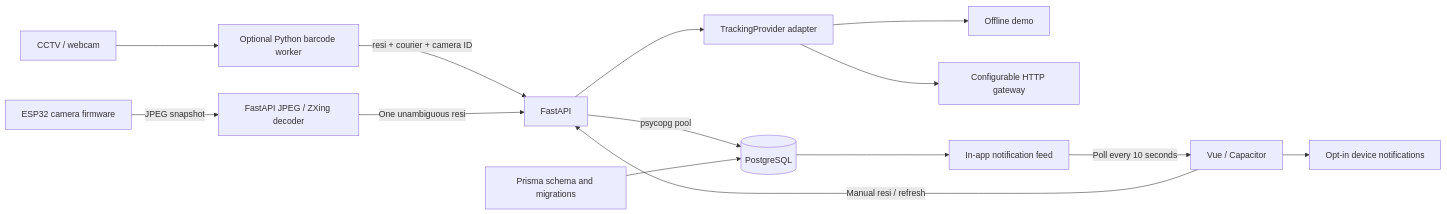
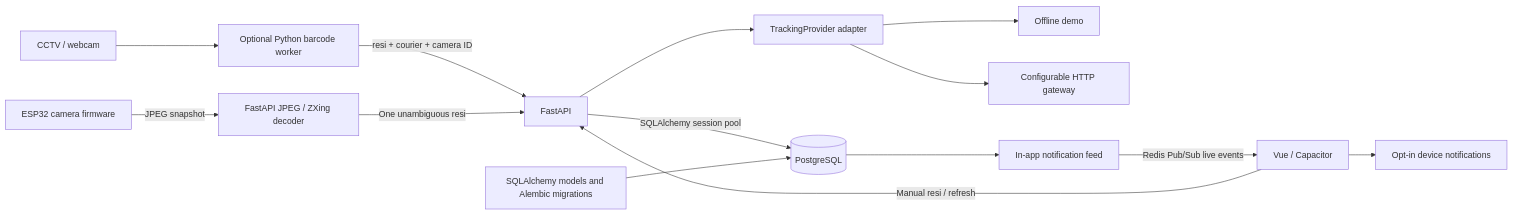
One commit to ahmadnaufal-f/cekrir changed the diagram in docs/architecture.md. Above: the diagram before and after it, drawn with Mermaid. The commit also changed other lines of this file and 105 other files, not shown here.

````diff
--- a/docs/architecture.md
+++ b/docs/architecture.md
@@ -5,16 +5,16 @@
 ```mermaid
 flowchart LR
   Camera[CCTV / webcam] --> Scanner[Optional Python barcode worker]
   Scanner -->|resi + courier + camera ID| API[FastAPI]
   ESP32[ESP32 camera firmware] -->|JPEG snapshot| Decoder[FastAPI JPEG / ZXing decoder]
   Decoder -->|One unambiguous resi| API
   UI[Vue / Capacitor] -->|Manual resi / refresh| API
   API --> Provider[TrackingProvider adapter]
   Provider --> Demo[Offline demo]
   Provider --> Gateway[Configurable HTTP gateway]
-  API -->|psycopg pool| DB[(PostgreSQL)]
-  Prisma[Prisma schema and migrations] --> DB
+  API -->|SQLAlchemy session pool| DB[(PostgreSQL)]
+  ORM[SQLAlchemy models and Alembic migrations] --> DB
   DB --> Feed[In-app notification feed]
-  Feed -->|Poll every 10 seconds| UI
+  Feed -->|Redis Pub/Sub live events| UI
   UI --> Alerts[Opt-in device notifications]
 ```
````
